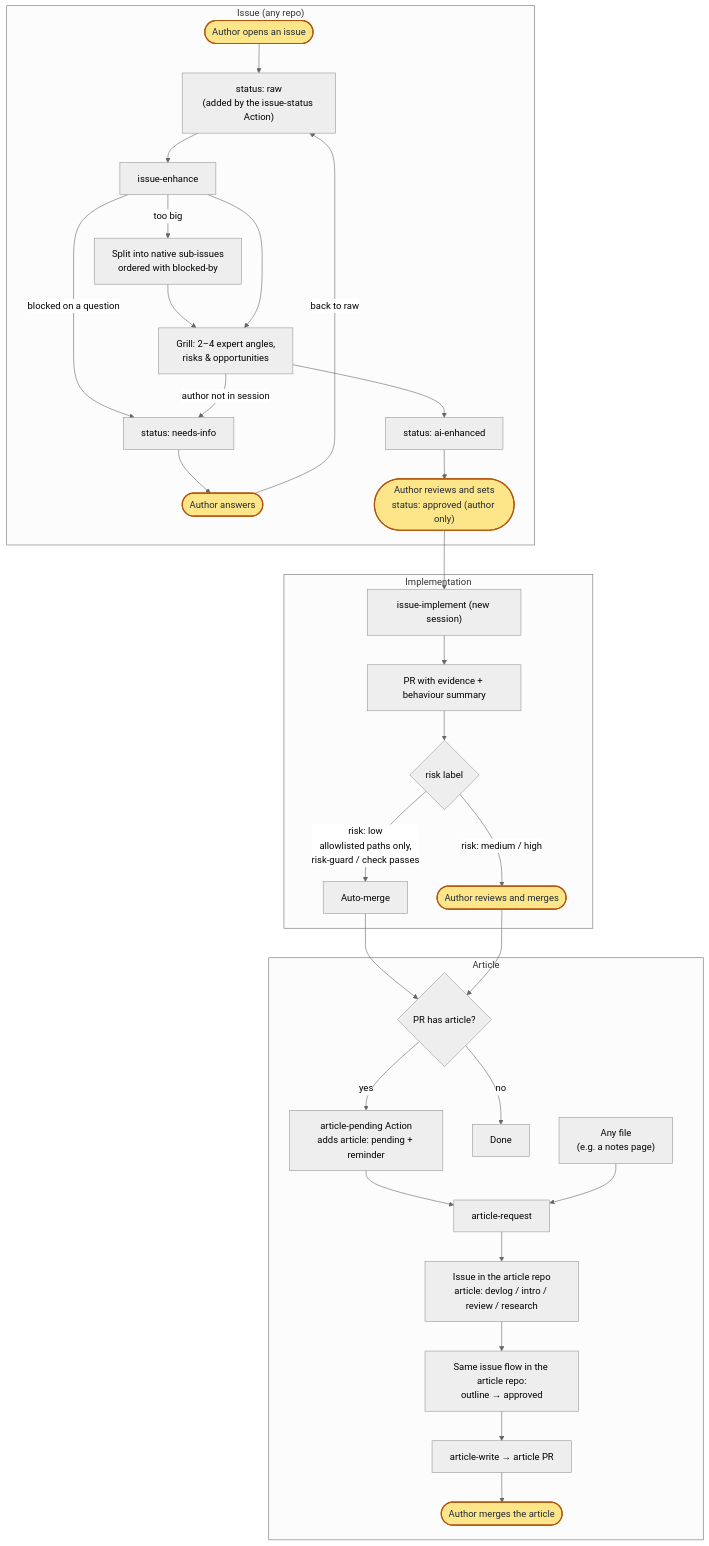
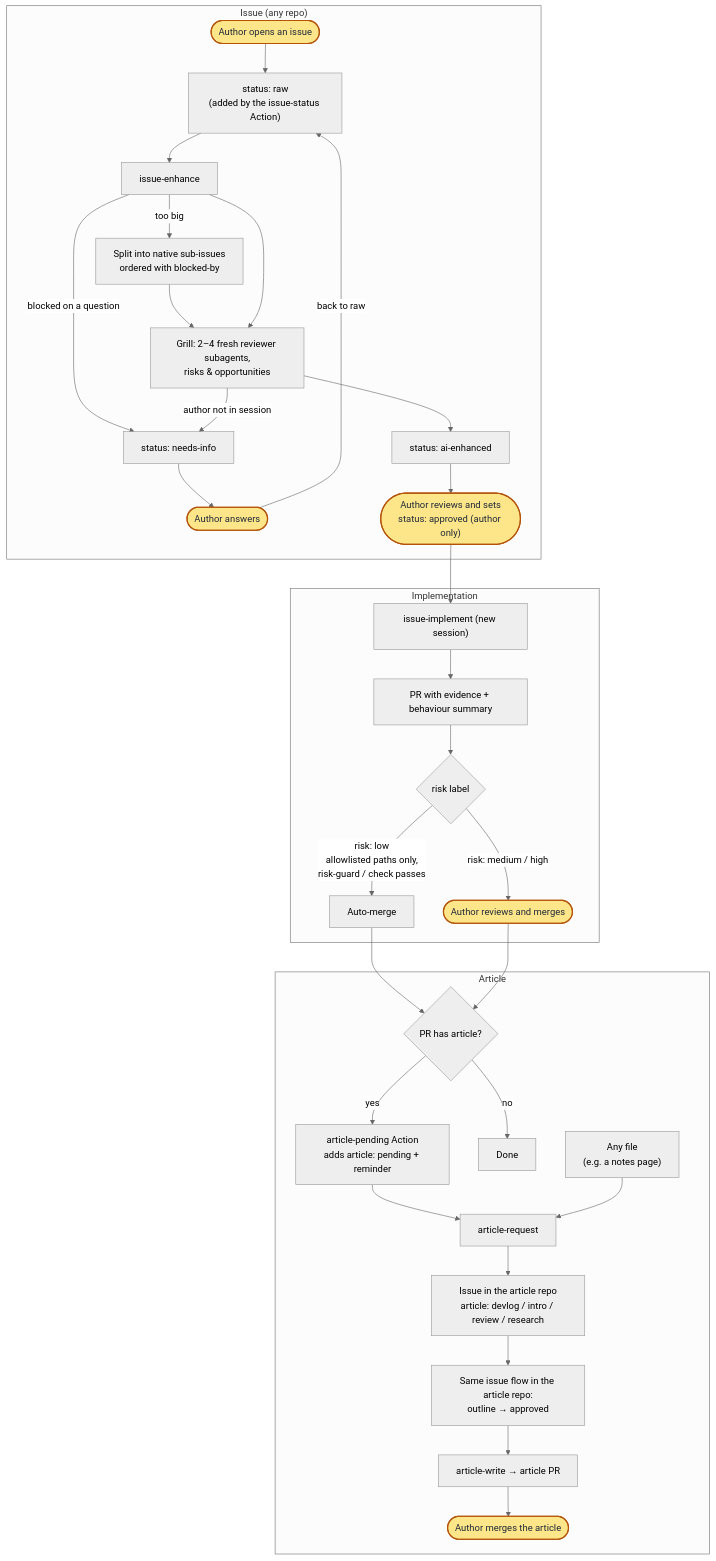
One commit to sean2249/skills changed the diagram in README.md. Above: the diagram before and after it, drawn with Mermaid (neutral theme). The commit also changed 1 other file, not shown here.

Commit message:
Grill with fresh-context reviewer subagents, not the plan's author
The agent that wrote the plan no longer reviews it. Per round it dispatches
one general-purpose subagent per angle in parallel, giving only the issue
URL, repo and angle; each reads the issue and code itself and returns
numbered questions (why, type, severity, suggested answer) plus unclear
parts of the body. The main agent dedupes, sorts, asks once (or posts
needs-info), fixes unclear body parts directly, and uses new subagents
each round. Failed reviewers are logged as unreviewed without blocking.

````diff
--- a/README.md
+++ b/README.md
@@ -34,39 +34,39 @@
 ```mermaid
 flowchart TD
   subgraph ISSUE["Issue (any repo)"]
     A(["Author opens an issue"]):::author --> B["status: raw<br/>(added by the issue-status Action)"]
     B --> C["issue-enhance"]
     C -->|blocked on a question| D["status: needs-info"]
     D --> E(["Author answers"]):::author
     E -->|back to raw| B
     C -->|too big| F["Split into native sub-issues<br/>ordered with blocked-by"]
     F --> GR
-    C --> GR["Grill: 2–4 expert angles,<br/>risks & opportunities"]
+    C --> GR["Grill: 2–4 fresh reviewer subagents,<br/>risks & opportunities"]
     GR --> G["status: ai-enhanced"]
     GR -->|author not in session| D
     G --> H(["Author reviews and sets<br/>status: approved (author only)"]):::author
   end
 
   subgraph IMPL["Implementation"]
     H --> I["issue-implement (new session)"]
     I --> J["PR with evidence + behaviour summary"]
     J --> K{"risk label"}
     K -->|"risk: low<br/>allowlisted paths only,<br/>risk-guard / check passes"| L["Auto-merge"]
     K -->|"risk: medium / high"| M(["Author reviews and merges"]):::author
   end
 
   subgraph ART["Article"]
     L --> N{"PR has article?"}
     M --> N
     N -->|yes| O["article-pending Action<br/>adds article: pending + reminder"]
     N -->|no| Z["Done"]
     O --> P["article-request"]
     Q["Any file<br/>(e.g. a notes page)"] --> P
     P --> R["Issue in the article repo<br/>article: devlog / intro / review / research"]
     R --> S["Same issue flow in the article repo:<br/>outline → approved"]
     S --> T["article-write → article PR"]
     T --> U(["Author merges the article"]):::author
   end
 
   classDef author fill:#fde68a,stroke:#b45309,color:#1f2937,stroke-width:2px
 ```
````
